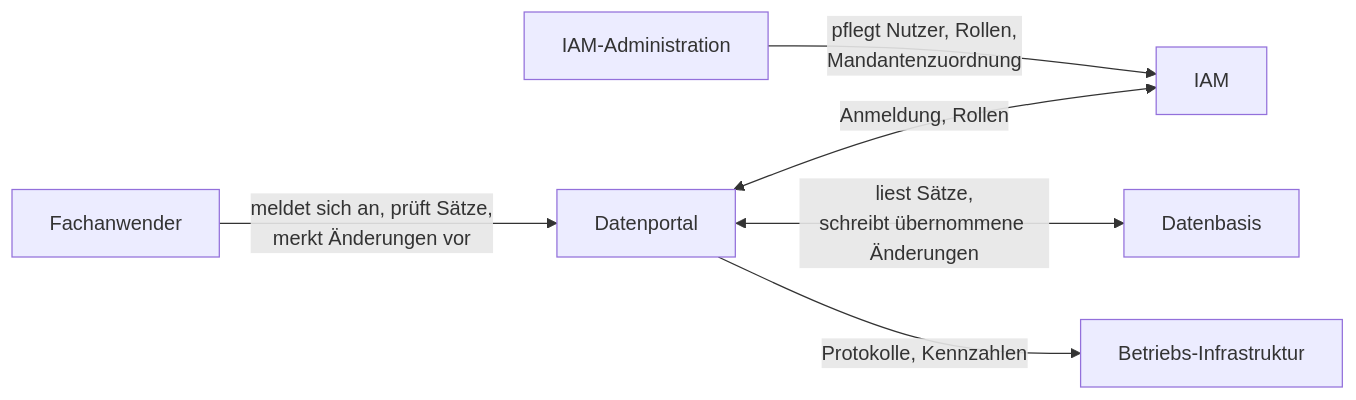
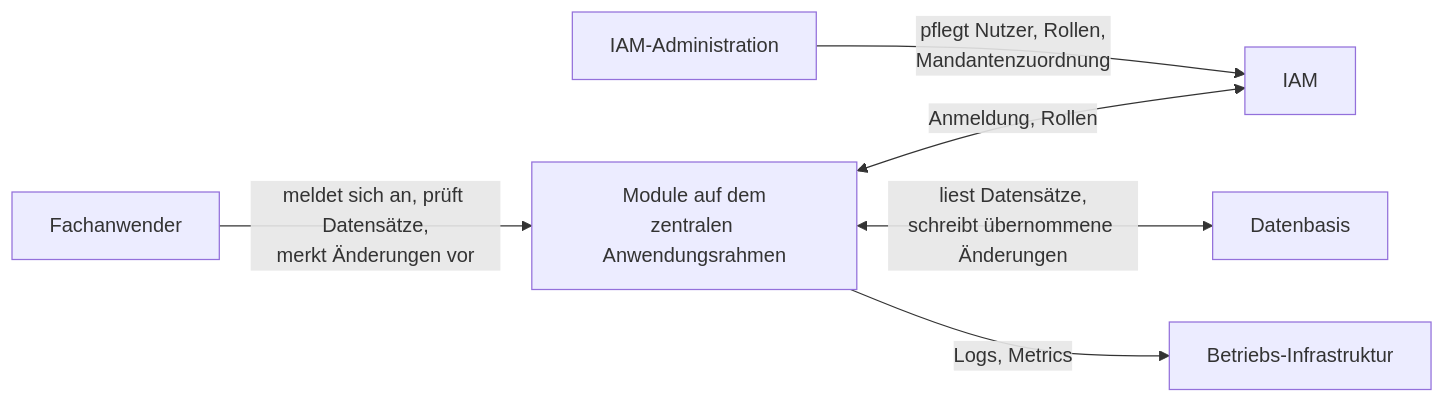
The third of 15 diagrams in arch-docs/README.md (tiri/reference-architecture), drawn with Mermaid before and after one commit. The commit also changed other lines of this file and 1 other file, not shown here.

````diff
--- a/arch-docs/README.md
+++ b/arch-docs/README.md
@@ -153,8 +151,8 @@
 ```mermaid
 flowchart LR
-    FA[Fachanwender] -->|meldet sich an, prüft Sätze,<br/>merkt Änderungen vor| DP[Datenportal]
+    FA[Fachanwender] -->|meldet sich an, prüft Datensätze,<br/>merkt Änderungen vor| DP[Module auf dem<br/>zentralen Anwendungsrahmen]
     ADM[IAM-Administration] -->|pflegt Nutzer, Rollen,<br/>Mandantenzuordnung| IAM[IAM]
     DP <-->|Anmeldung, Rollen| IAM
-    DP <-->|liest Sätze,<br/>schreibt übernommene Änderungen| PLAT[Datenbasis]
-    DP -->|Protokolle, Kennzahlen| OPS[Betriebs-Infrastruktur]
+    DP <-->|liest Datensätze,<br/>schreibt übernommene Änderungen| PLAT[Datenbasis]
+    DP -->|Logs, Metrics| OPS[Betriebs-Infrastruktur]
 ```
````
